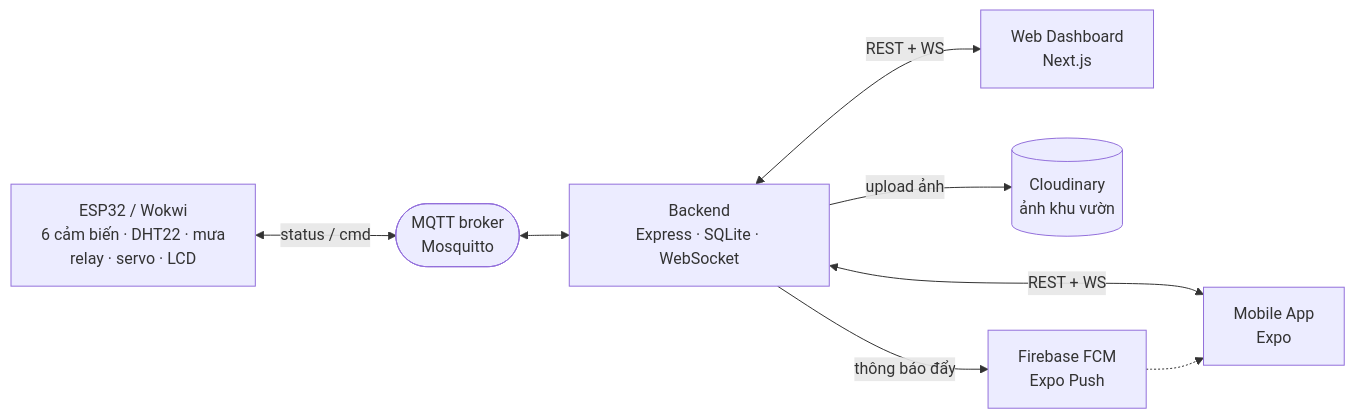
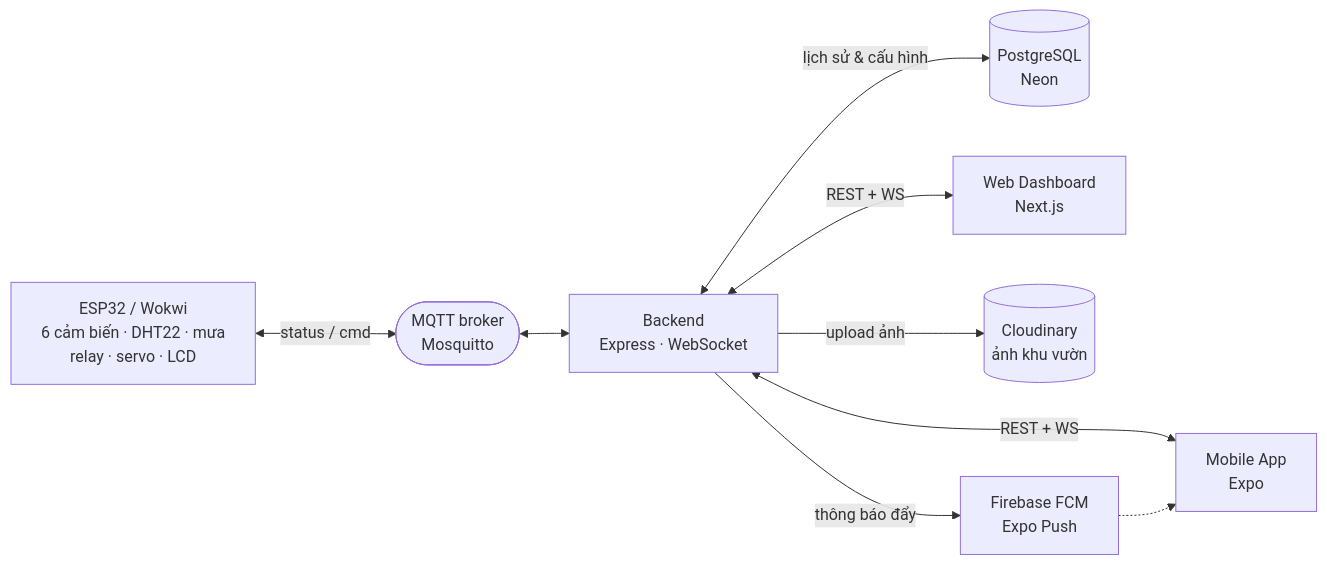
Before and after one commit to trieuhoang1212/Smart-Irrigation-System-IoT: the first of 3 diagrams in README.md, drawn with Mermaid. The commit also changed other lines of this file and 1 other file, not shown here.

Commit message:
README: cập nhật công nghệ sang PostgreSQL/Neon

````diff
--- a/README.md
+++ b/README.md
@@ -67,18 +70,20 @@
 ```mermaid
 flowchart LR
     ESP["ESP32 / Wokwi<br/>6 cảm biến · DHT22 · mưa<br/>relay · servo · LCD"]
     MQTT(["MQTT broker<br/>Mosquitto"])
-    API["Backend<br/>Express · SQLite · WebSocket"]
+    API["Backend<br/>Express · WebSocket"]
+    DB[("PostgreSQL<br/>Neon")]
     WEB["Web Dashboard<br/>Next.js"]
     APP["Mobile App<br/>Expo"]
     CLD[("Cloudinary<br/>ảnh khu vườn")]
     FCM["Firebase FCM<br/>Expo Push"]
 
     ESP <-->|"status / cmd"| MQTT
     MQTT <--> API
+    API <-->|"lịch sử & cấu hình"| DB
     API <-->|"REST + WS"| WEB
     API <-->|"REST + WS"| APP
     API -->|"upload ảnh"| CLD
     API -->|"thông báo đẩy"| FCM
     FCM -.-> APP
 ```
````
